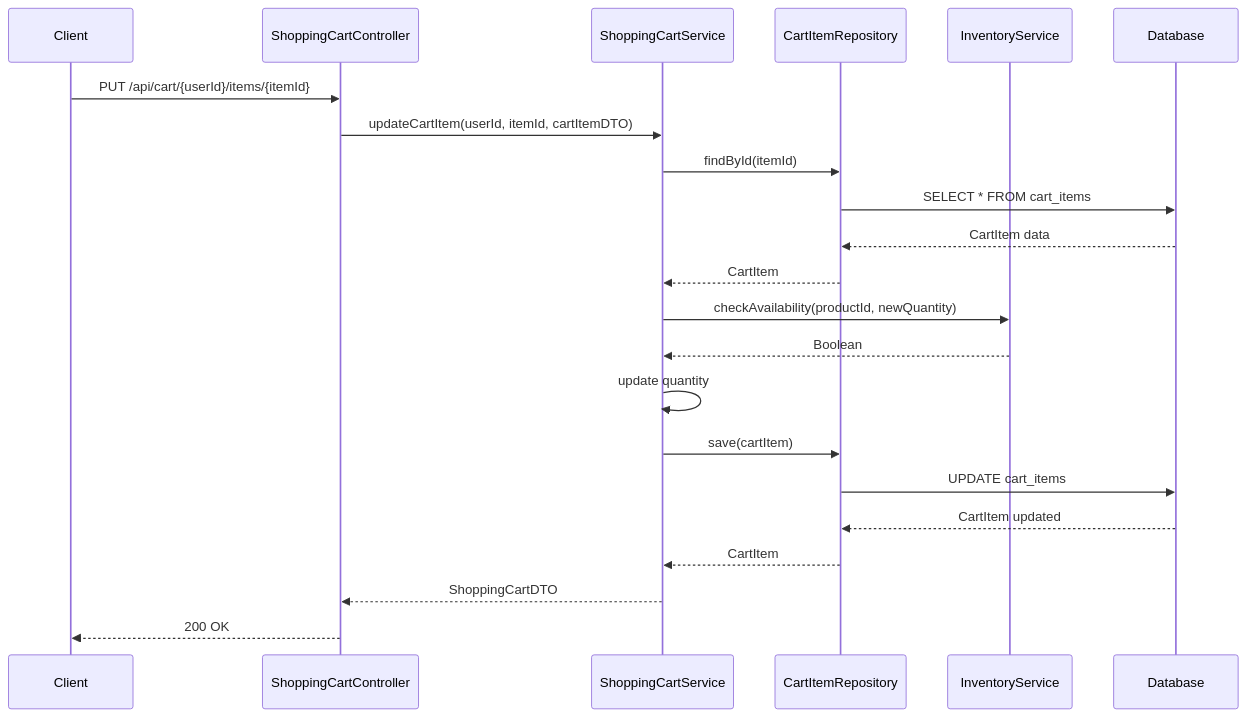
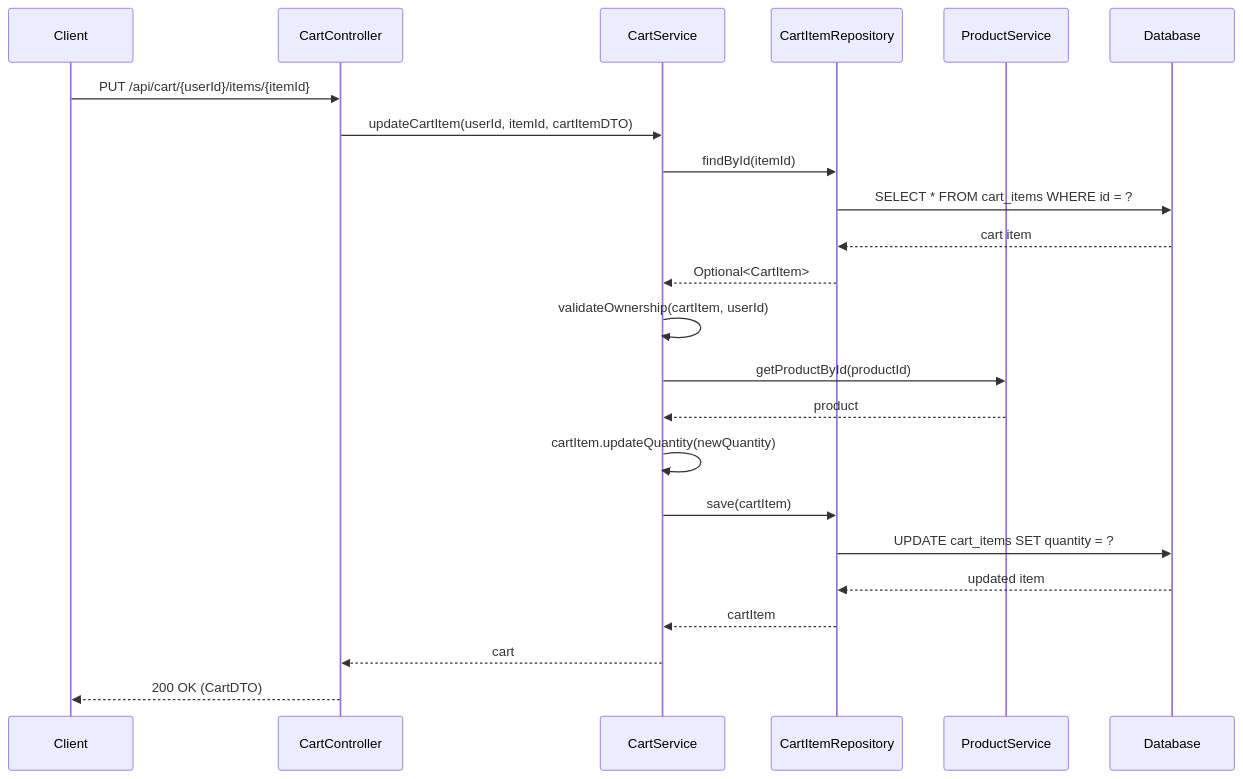
Diagram 12 of 13 in docs/LLD/modified_lld.md (NavneetBN47/aava-ecom-demo), drawn with Mermaid before and after one commit. The commit also changed other lines of this file, not shown here.

````diff
--- a/docs/LLD/modified_lld.md
+++ b/docs/LLD/modified_lld.md
@@ -527,25 +584,26 @@
 ```mermaid
 sequenceDiagram
     participant Client
-    participant ShoppingCartController
-    participant ShoppingCartService
+    participant CartController
+    participant CartService
     participant CartItemRepository
-    participant InventoryService
+    participant ProductService
     participant Database
 
-    Client->>ShoppingCartController: PUT /api/cart/{userId}/items/{itemId}
-    ShoppingCartController->>ShoppingCartService: updateCartItem(userId, itemId, cartItemDTO)
-    ShoppingCartService->>CartItemRepository: findById(itemId)
-    CartItemRepository->>Database: SELECT * FROM cart_items
-    Database-->>CartItemRepository: CartItem data
-    CartItemRepository-->>ShoppingCartService: CartItem
-    ShoppingCartService->>InventoryService: checkAvailability(productId, newQuantity)
-    InventoryService-->>ShoppingCartService: Boolean
-    ShoppingCartService->>ShoppingCartService: update quantity
-    ShoppingCartService->>CartItemRepository: save(cartItem)
-    CartItemRepository->>Database: UPDATE cart_items
-    Database-->>CartItemRepository: CartItem updated
-    CartItemRepository-->>ShoppingCartService: CartItem
-    ShoppingCartService-->>ShoppingCartController: ShoppingCartDTO
-    ShoppingCartController-->>Client: 200 OK
+    Client->>CartController: PUT /api/cart/{userId}/items/{itemId}
+    CartController->>CartService: updateCartItem(userId, itemId, cartItemDTO)
+    CartService->>CartItemRepository: findById(itemId)
+    CartItemRepository->>Database: SELECT * FROM cart_items WHERE id = ?
+    Database-->>CartItemRepository: cart item
+    CartItemRepository-->>CartService: Optional<CartItem>
+    CartService->>CartService: validateOwnership(cartItem, userId)
+    CartService->>ProductService: getProductById(productId)
+    ProductService-->>CartService: product
+    CartService->>CartService: cartItem.updateQuantity(newQuantity)
+    CartService->>CartItemRepository: save(cartItem)
+    CartItemRepository->>Database: UPDATE cart_items SET quantity = ?
+    Database-->>CartItemRepository: updated item
+    CartItemRepository-->>CartService: cartItem
+    CartService-->>CartController: cart
+    CartController-->>Client: 200 OK (CartDTO)
 ```
````
